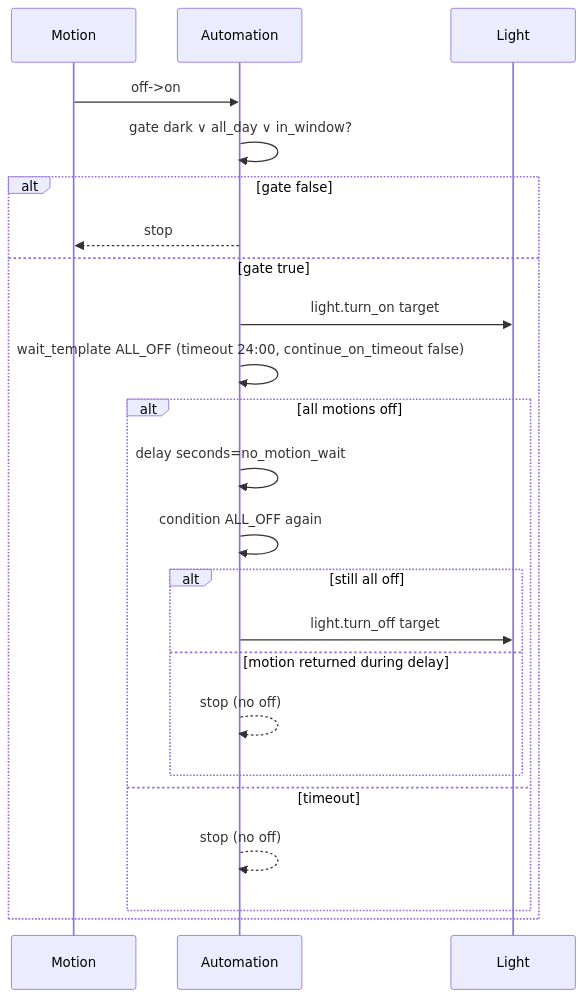
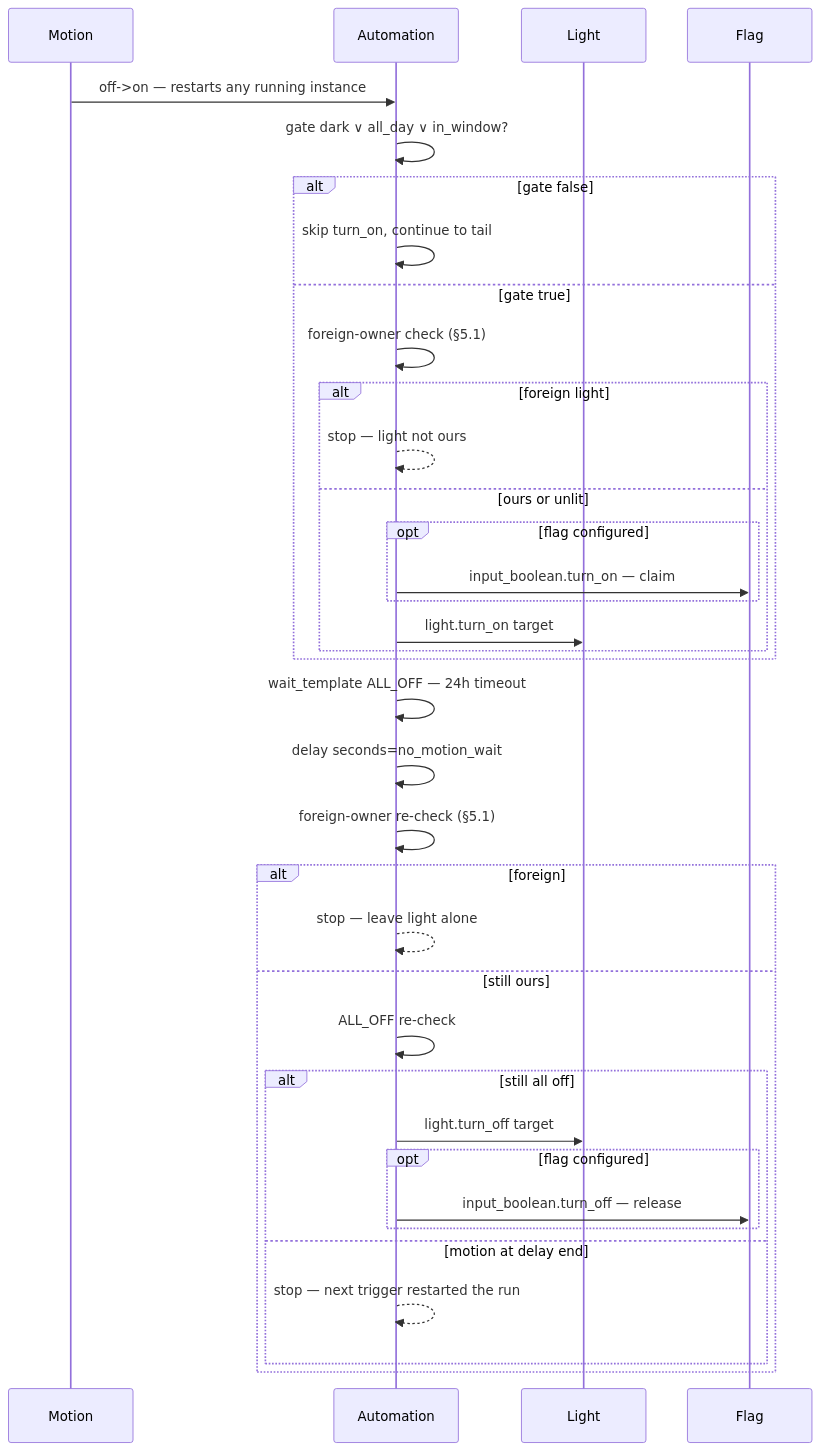
One commit to Voronenko/ha-blueprints changed the third of 5 diagrams in docs/motion-illuminance.md. Above: the diagram before and after it, drawn with Mermaid. The commit also changed other lines of this file and 3 other files, not shown here.

````diff
--- a/docs/motion-illuminance.md
+++ b/docs/motion-illuminance.md
@@ -134,25 +140,38 @@
 ```mermaid
 sequenceDiagram
   participant M as Motion
   participant A as Automation
   participant L as Light
-  M->>A: off->on
+  participant F as Flag
+  M->>A: off->on — restarts any running instance
   A->>A: gate dark ∨ all_day ∨ in_window?
   alt gate false
-    A-->>M: stop
+    A->>A: skip turn_on, continue to tail
   else gate true
-    A->>L: light.turn_on target
-    A->>A: wait_template ALL_OFF (timeout 24:00, continue_on_timeout false)
-    alt all motions off
-      A->>A: delay seconds=no_motion_wait
-      A->>A: condition ALL_OFF again
-      alt still all off
-        A->>L: light.turn_off target
-      else motion returned during delay
-        A-->>A: stop (no off)
+    A->>A: foreign-owner check (§5.1)
+    alt foreign light
+      A-->>A: stop — light not ours
+    else ours or unlit
+      opt flag configured
+        A->>F: input_boolean.turn_on — claim
       end
-    else timeout
-      A-->>A: stop (no off)
+      A->>L: light.turn_on target
+    end
+  end
+  A->>A: wait_template ALL_OFF — 24h timeout
+  A->>A: delay seconds=no_motion_wait
+  A->>A: foreign-owner re-check (§5.1)
+  alt foreign
+    A-->>A: stop — leave light alone
+  else still ours
+    A->>A: ALL_OFF re-check
+    alt still all off
+      A->>L: light.turn_off target
+      opt flag configured
+        A->>F: input_boolean.turn_off — release
+      end
+    else motion at delay end
+      A-->>A: stop — next trigger restarted the run
     end
   end
 ```
````
